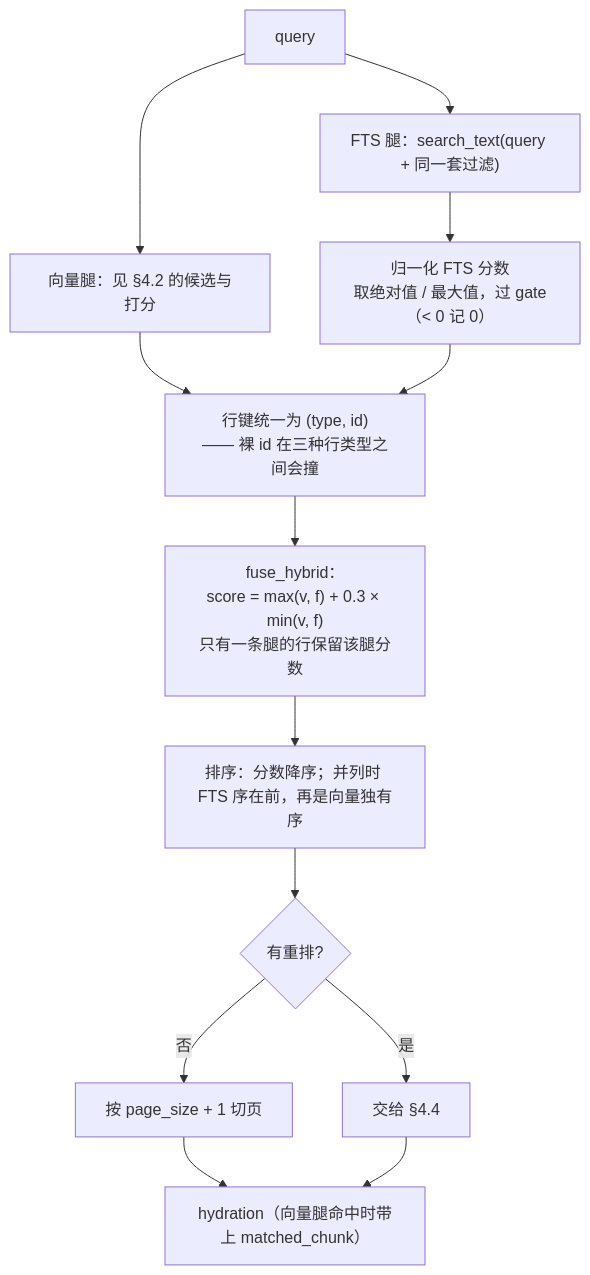
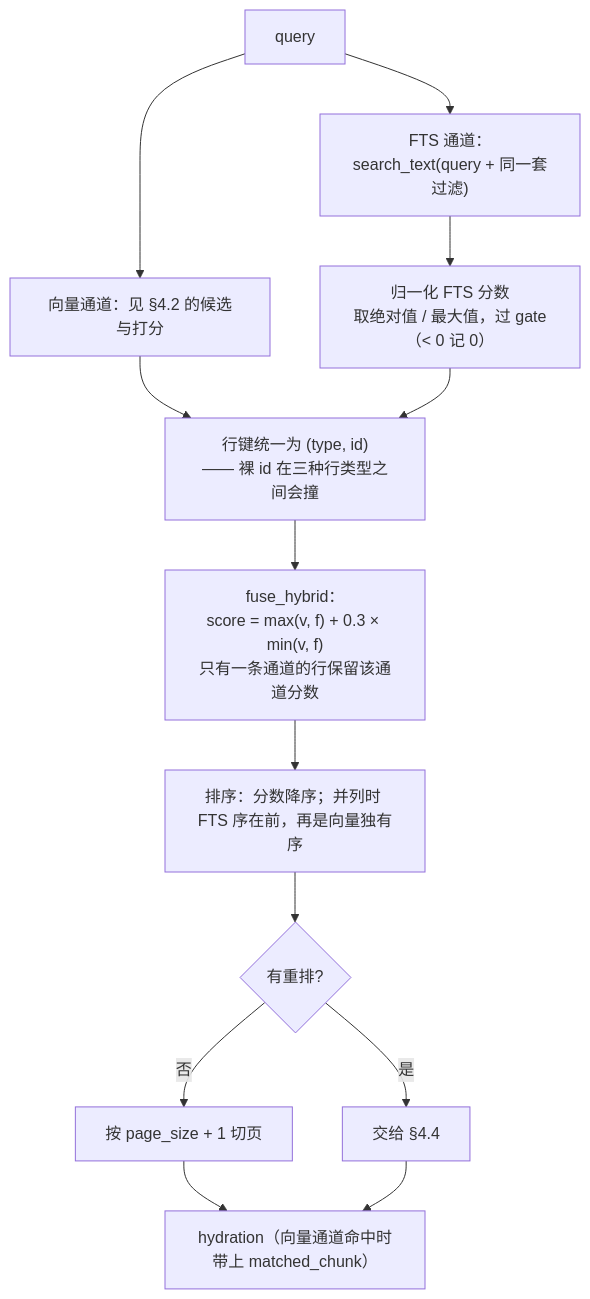
The tenth of 12 diagrams in docs/architecture-guide.md (rust-infra/auto-memory-rs), drawn with Mermaid before and after one commit. The commit also changed other lines of this file and 19 other files, not shown here.

````diff
--- a/docs/architecture-guide.md
+++ b/docs/architecture-guide.md
@@ -418,15 +418,15 @@
 ```mermaid
 flowchart TB
-    A["query"] --> V["向量腿：见 §4.2 的候选与打分"]
-    A --> T["FTS 腿：search_text(query + 同一套过滤)"]
+    A["query"] --> V["向量通道：见 §4.2 的候选与打分"]
+    A --> T["FTS 通道：search_text(query + 同一套过滤)"]
     T --> T1["归一化 FTS 分数<br/>取绝对值 / 最大值，过 gate（< 0 记 0）"]
     V --> U["行键统一为 (type, id)<br/>—— 裸 id 在三种行类型之间会撞"]
     T1 --> U
-    U --> F["fuse_hybrid：<br/>score = max(v, f) + 0.3 × min(v, f)<br/>只有一条腿的行保留该腿分数"]
+    U --> F["fuse_hybrid：<br/>score = max(v, f) + 0.3 × min(v, f)<br/>只有一条通道的行保留该通道分数"]
     F --> O["排序：分数降序；并列时 FTS 序在前，再是向量独有序"]
     O --> P{"有重排?"}
     P -->|否| Q["按 page_size + 1 切页"]
     P -->|是| R["交给 §4.4"]
-    Q --> S["hydration（向量腿命中时带上 matched_chunk）"]
+    Q --> S["hydration（向量通道命中时带上 matched_chunk）"]
     R --> S
 ```
````
